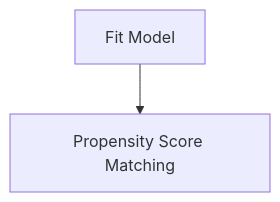
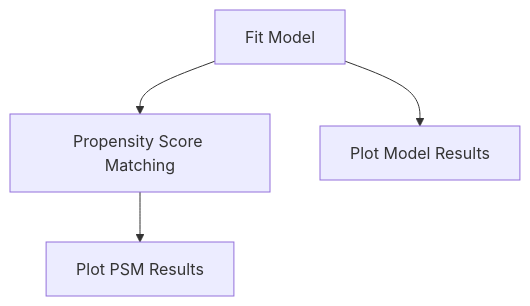
The diagram in Modeling_Odds_of_Misfolding/README.md (obrien-lab-psu/Failure-to-Form_Native_Entanglements), drawn with Mermaid before and after one commit. The commit also changed other lines of this file and 3 other files, not shown here.

````diff
--- a/Modeling_Odds_of_Misfolding/README.md
+++ b/Modeling_Odds_of_Misfolding/README.md
@@ -9,4 +9,7 @@
 ```mermaid
 graph TD
     A[Fit Model] --> B[Propensity Score Matching]
+    A --> C[Plot Model Results]
+    B --> D[Plot PSM Results]
+    click A "https://github.com/obrien-lab-psu/Failure-to-Form_Native_Entanglements/tree/main/Modeling_Odds_of_Misfolding#binomial-logistic-regression"
 ``` 
````
